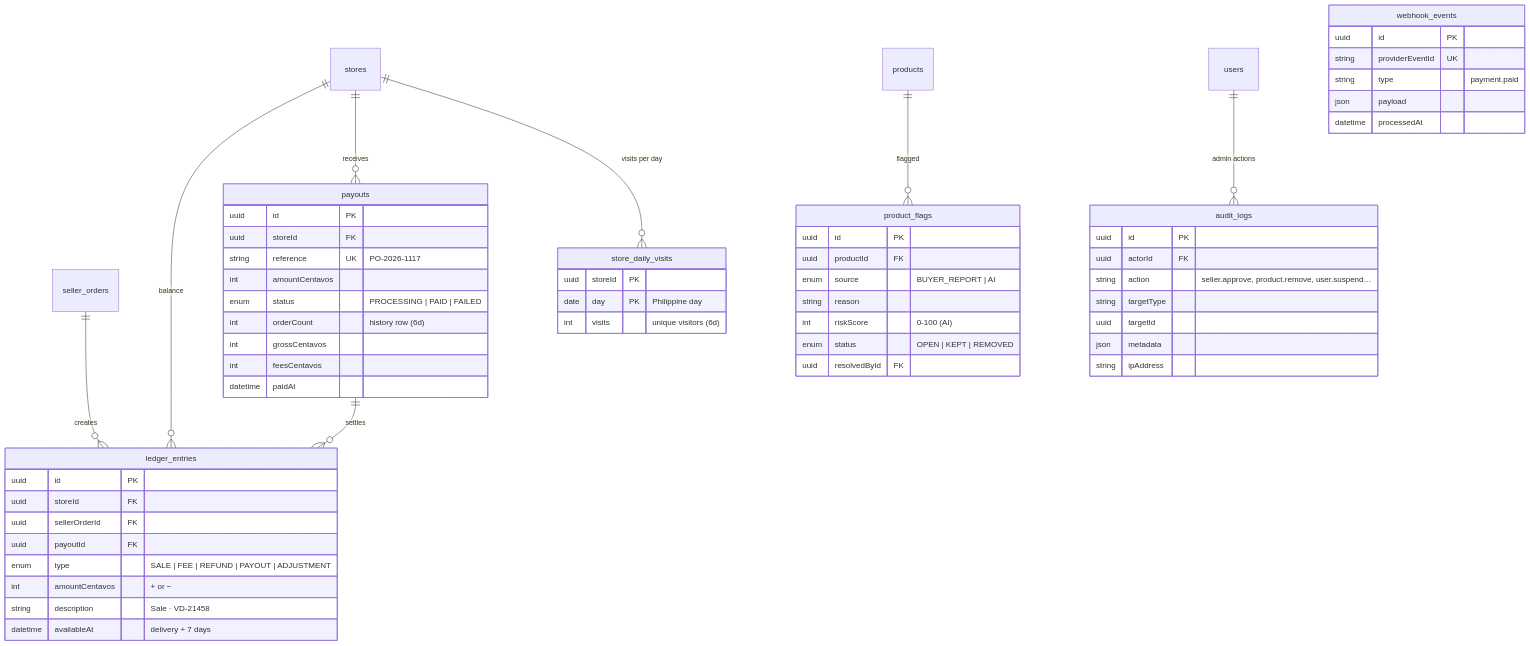
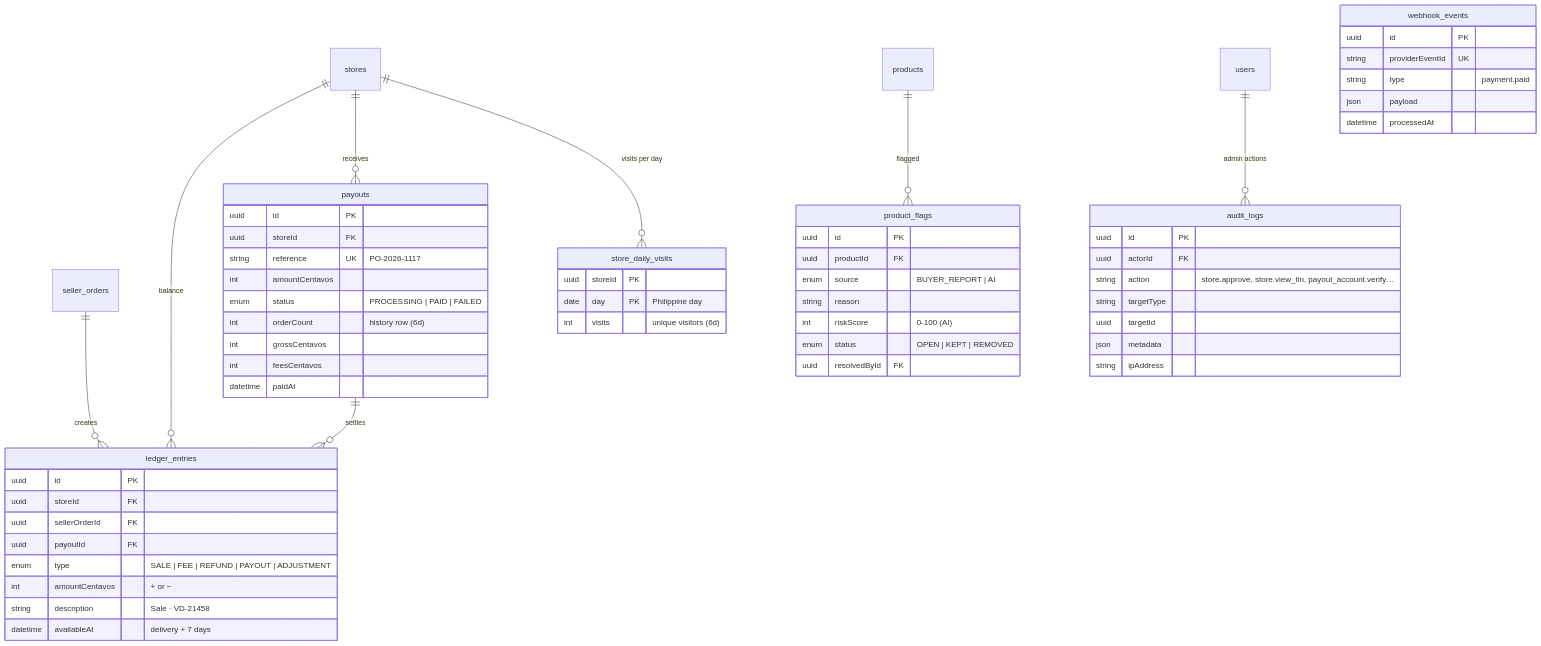
One commit to Justin-25/E-commerce-FullStack-project changed the fifth of 5 diagrams in backend/docs/database-design.md. Above: the diagram before and after it, drawn with Mermaid. The commit also changed other lines of this file and 35 other files, not shown here.

````diff
--- a/backend/docs/database-design.md
+++ b/backend/docs/database-design.md
@@ -397,61 +401,61 @@
 ```mermaid
 erDiagram
   stores ||--o{ ledger_entries : "balance"
   seller_orders ||--o{ ledger_entries : "creates"
   stores ||--o{ payouts : "receives"
   payouts ||--o{ ledger_entries : "settles"
   stores ||--o{ store_daily_visits : "visits per day"
   products ||--o{ product_flags : "flagged"
   users ||--o{ audit_logs : "admin actions"
   ledger_entries {
     uuid id PK
     uuid storeId FK
     uuid sellerOrderId FK
     uuid payoutId FK
     enum type "SALE | FEE | REFUND | PAYOUT | ADJUSTMENT"
     int amountCentavos "+ or −"
     string description "Sale · VD-21458"
     datetime availableAt "delivery + 7 days"
   }
   payouts {
     uuid id PK
     uuid storeId FK
     string reference UK "PO-2026-1117"
     int amountCentavos
     enum status "PROCESSING | PAID | FAILED"
     int orderCount "history row (6d)"
     int grossCentavos
     int feesCentavos
     datetime paidAt
   }
   store_daily_visits {
     uuid storeId PK
     date day PK "Philippine day"
     int visits "unique visitors (6d)"
   }
   webhook_events {
     uuid id PK
     string providerEventId UK
     string type "payment.paid"
     json payload
     datetime processedAt
   }
   product_flags {
     uuid id PK
     uuid productId FK
     enum source "BUYER_REPORT | AI"
     string reason
     int riskScore "0-100 (AI)"
     enum status "OPEN | KEPT | REMOVED"
     uuid resolvedById FK
   }
   audit_logs {
     uuid id PK
     uuid actorId FK
-    string action "seller.approve, product.remove, user.suspend…"
+    string action "store.approve, store.view_tin, payout_account.verify…"
     string targetType
     uuid targetId
     json metadata
     string ipAddress
   }
 ```
````
